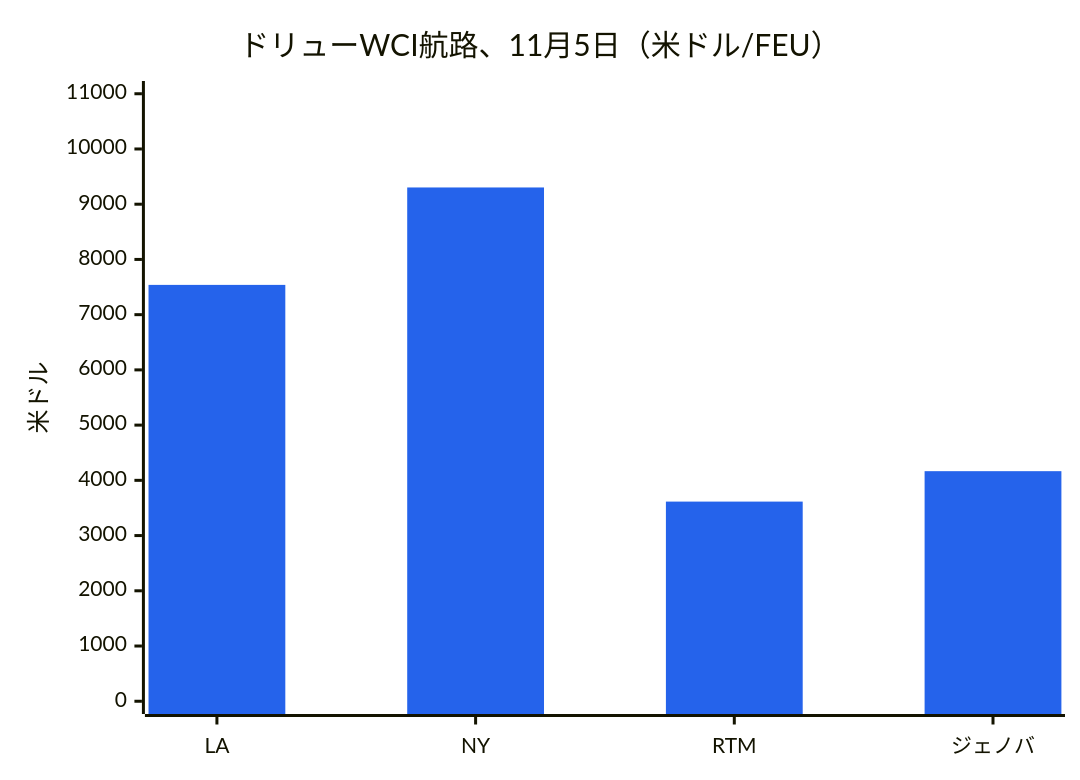
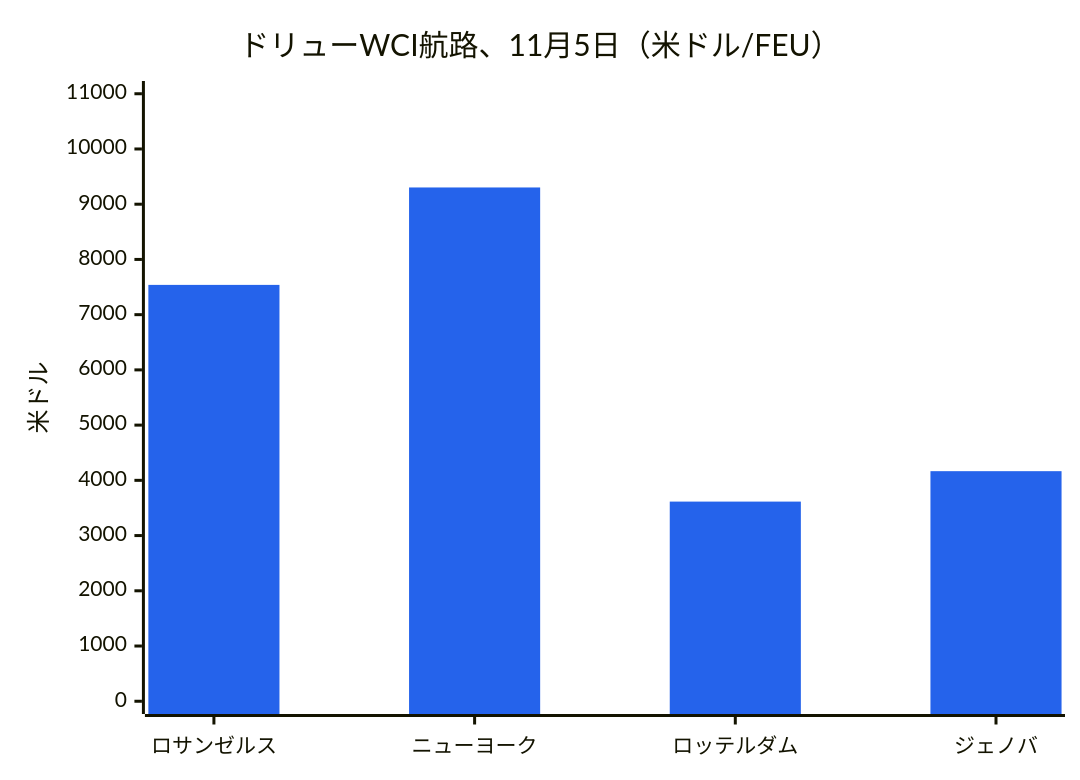
One commit to dureach/research changed the fourth of 9 diagrams in Global-Trade-Intelligence-weekly-2026-11-09/index.jp.md. Above: the diagram before and after it, drawn with Mermaid. The commit also changed other lines of this file and 5 other files, not shown here.

````diff
--- a/Global-Trade-Intelligence-weekly-2026-11-09/index.jp.md
+++ b/Global-Trade-Intelligence-weekly-2026-11-09/index.jp.md
@@ -384,8 +384,8 @@
 ```mermaid
 %%{init: {'theme': 'base', 'themeVariables': {'xyChart': {'plotColorPalette': '#2563eb'}}}}%%
 xychart-beta
     title "ドリューWCI航路、11月5日（米ドル/FEU）"
-    x-axis ["LA", "NY", "RTM", "ジェノバ"]
+    x-axis ["ロサンゼルス", "ニューヨーク", "ロッテルダム", "ジェノバ"]
     y-axis "米ドル" 0 --> 11000
     bar [7539, 9303, 3615, 4166]
 ```
````
